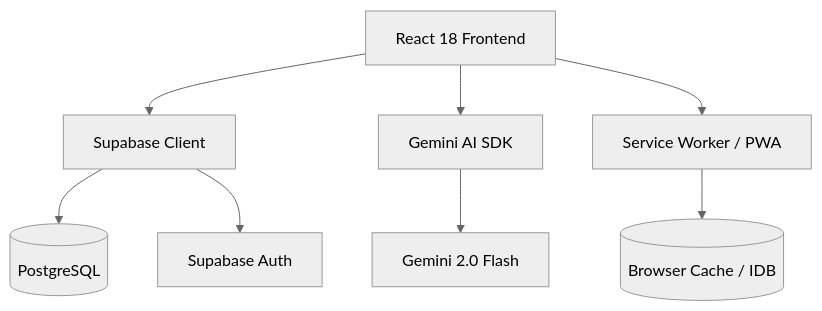
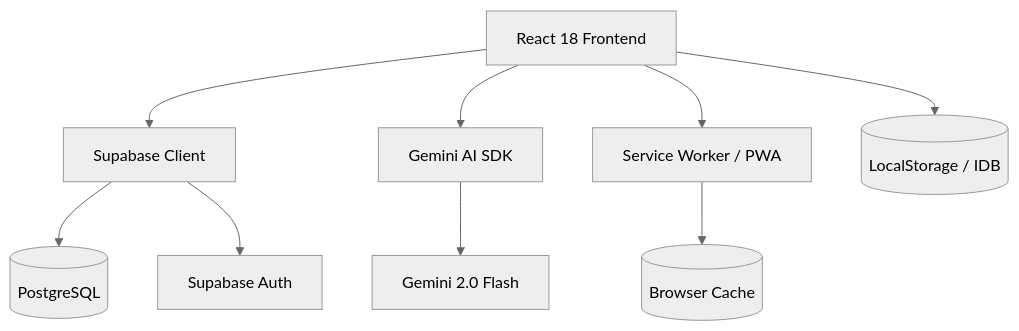
Before and after one commit to Andre6553/bible-app: the diagram in README.md, drawn with Mermaid (neutral theme). The commit also changed other lines of this file, not shown here.

Commit message:
Clarify architecture connectivity and add UI/UX section to README

````diff
--- a/README.md
+++ b/README.md
@@ -160,10 +170,11 @@
 ```mermaid
 graph TD
     A[React 18 Frontend] --> B[Supabase Client]
     A --> C[Gemini AI SDK]
     B --> D[(PostgreSQL)]
     B --> E[Supabase Auth]
     C --> F[Gemini 2.0 Flash]
     A --> G[Service Worker / PWA]
-    G --> H[(Browser Cache / IDB)]
+    G --> H[(Browser Cache)]
+    A --> I[(LocalStorage / IDB)]
 ```
````
